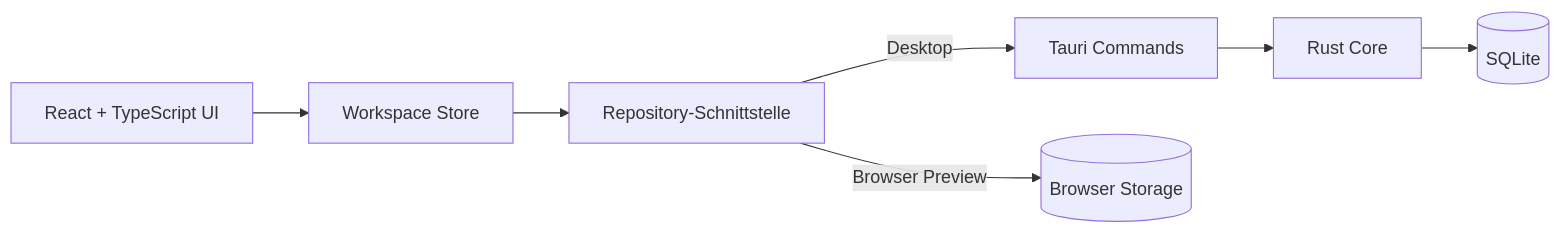
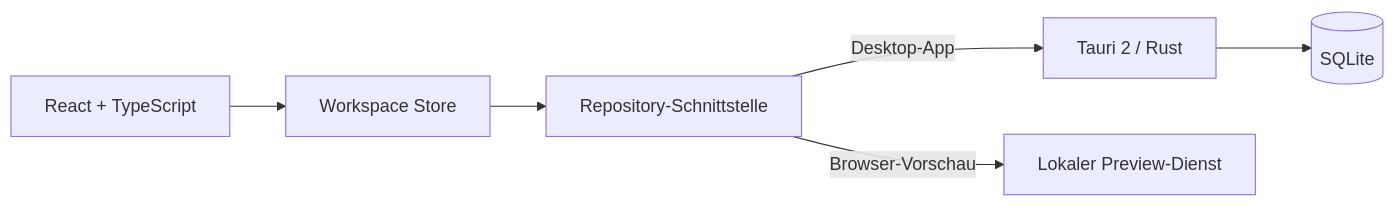
One commit to kaffeeliebhaber/TaskHub changed the diagram in README.md. Above: the diagram before and after it, drawn with Mermaid. The commit also changed other lines of this file and 4 other files, not shown here.

````diff
--- a/README.md
+++ b/README.md
@@ -96,9 +112,8 @@
 ```mermaid
 flowchart LR
-    UI[React + TypeScript UI] --> Store[Workspace Store]
+    UI[React + TypeScript] --> Store[Workspace Store]
     Store --> Repo[Repository-Schnittstelle]
-    Repo -->|Desktop| Tauri[Tauri Commands]
-    Tauri --> Core[Rust Core]
-    Core --> DB[(SQLite)]
-    Repo -->|Browser Preview| Browser[(Browser Storage)]
+    Repo -->|Desktop-App| Tauri[Tauri 2 / Rust]
+    Tauri --> SQLite[(SQLite)]
+    Repo -->|Browser-Vorschau| Local[Lokaler Preview-Dienst]
 ```
````
